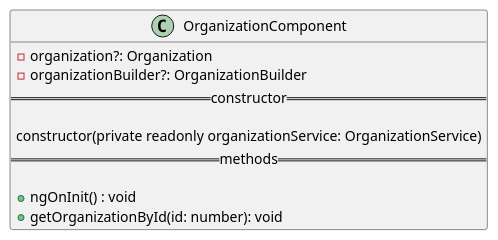
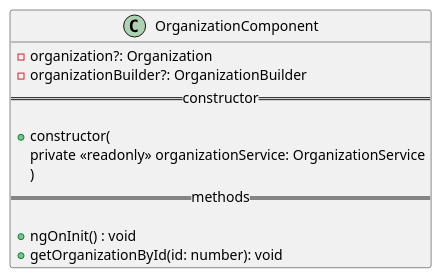
Before and after one commit to GruppOne/stalker-web-app: the diagram in docs/diagrams/view/routes/organizationcomponent.pu, drawn with PlantUML. The commit also changed 12 other files, not shown here.

Commit message:
docs: add newlines to better rendering of diagrams

```diff
--- a/docs/diagrams/view/routes/organizationcomponent.pu
+++ b/docs/diagrams/view/routes/organizationcomponent.pu
@@ -1,14 +1,16 @@
 @startuml OrganizationComponent
 
 class OrganizationComponent {
   - organization?: Organization
   - organizationBuilder?: OrganizationBuilder
   == constructor ==
 
-  constructor(private readonly organizationService: OrganizationService)
+  + constructor(
+    private <<readonly>> organizationService: OrganizationService
+    )
   == methods ==
 
   + ngOnInit() : void
   + getOrganizationById(id: number): void
 }
 @enduml
```
